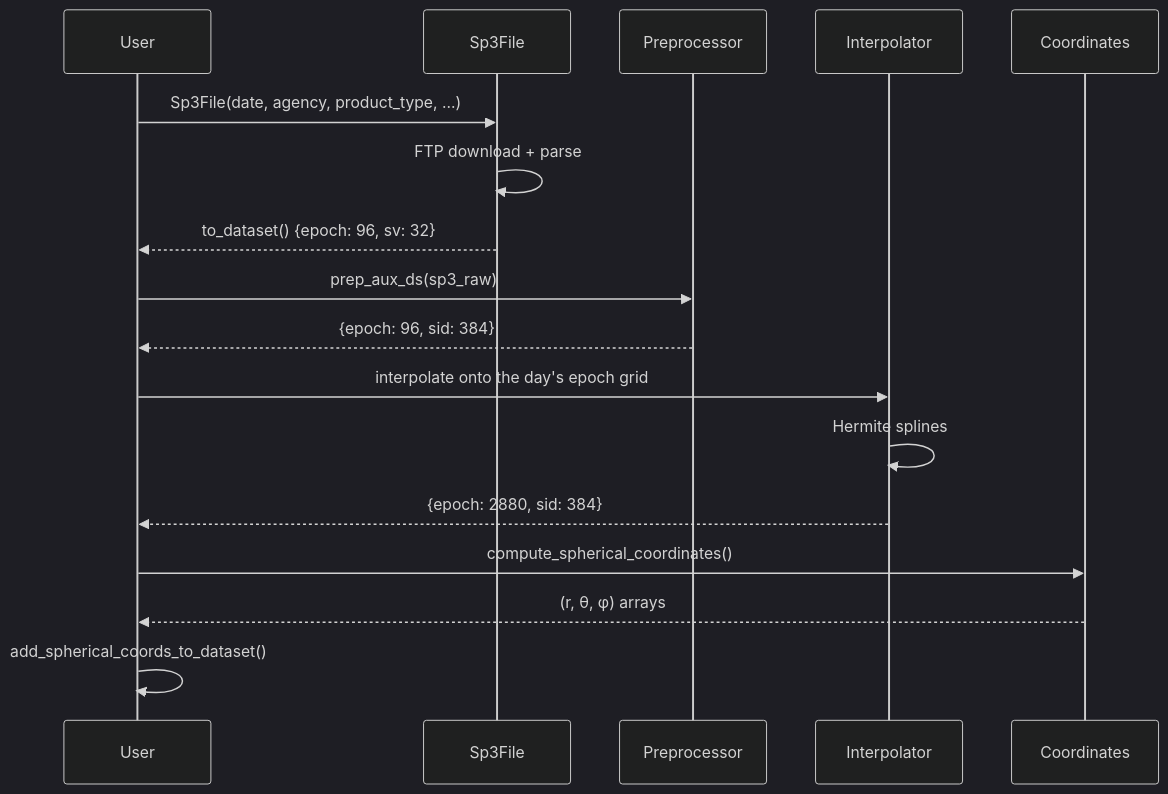
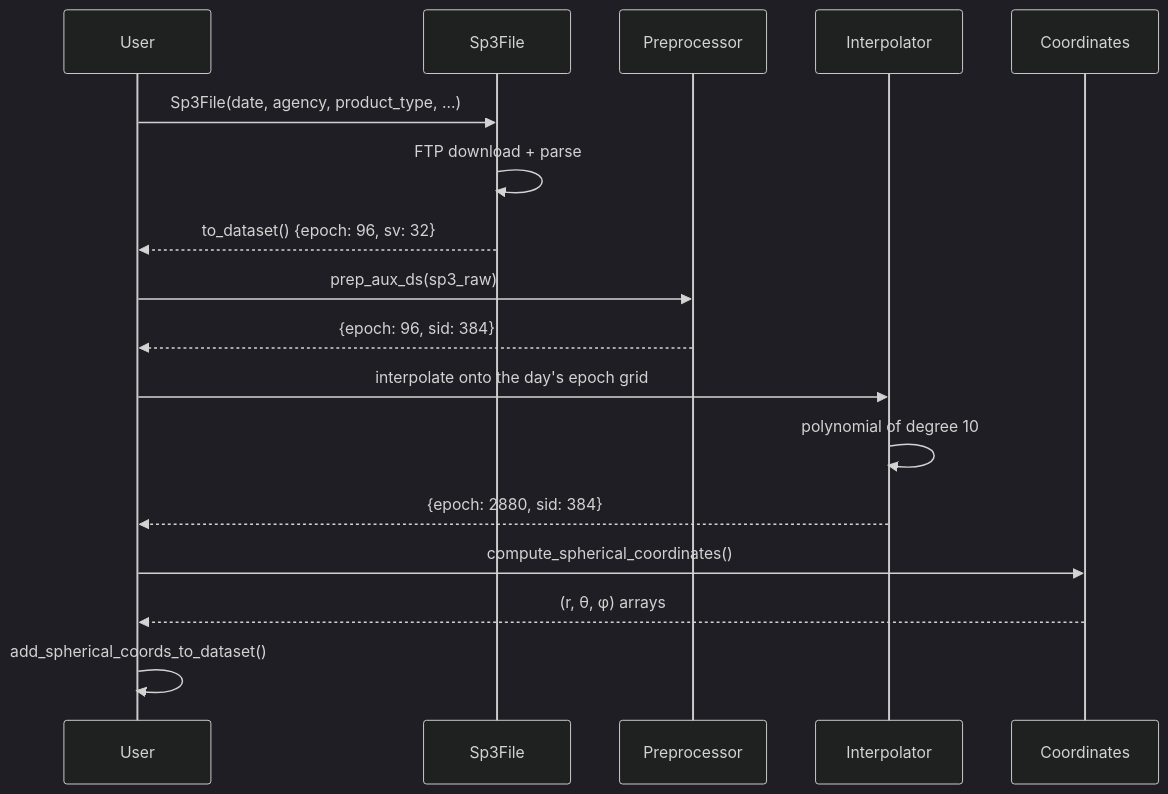
Before and after one commit to TUW-GEO/canvodpy: the second of 2 diagrams in docs/packages/auxiliary/overview.md, drawn with Mermaid (dark theme). The commit also changed other lines of this file and 21 other files, not shown here.

First line of the commit message:
fix(auxiliary): interpolate orbits with a polynomial of degree 10 (#563)

````diff
--- a/docs/packages/auxiliary/overview.md
+++ b/docs/packages/auxiliary/overview.md
@@ -169,24 +167,24 @@
     ```mermaid
     sequenceDiagram
         participant User
         participant Sp3File
         participant Preprocessor
         participant Interpolator
         participant Coordinates
 
         User->>Sp3File: Sp3File(date, agency, product_type, ...)
         Sp3File->>Sp3File: FTP download + parse
         Sp3File-->>User: to_dataset() {epoch: 96, sv: 32}
 
         User->>Preprocessor: prep_aux_ds(sp3_raw)
         Preprocessor-->>User: {epoch: 96, sid: 384}
 
         User->>Interpolator: interpolate onto the day's epoch grid
-        Interpolator->>Interpolator: Hermite splines
+        Interpolator->>Interpolator: polynomial of degree 10
         Interpolator-->>User: {epoch: 2880, sid: 384}
 
         User->>Coordinates: compute_spherical_coordinates()
         Coordinates-->>User: (r, θ, φ) arrays
 
         User->>User: add_spherical_coords_to_dataset()
     ```
````
